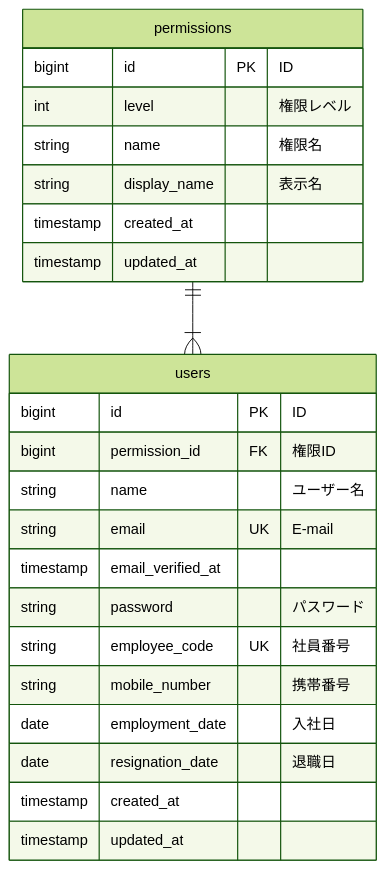
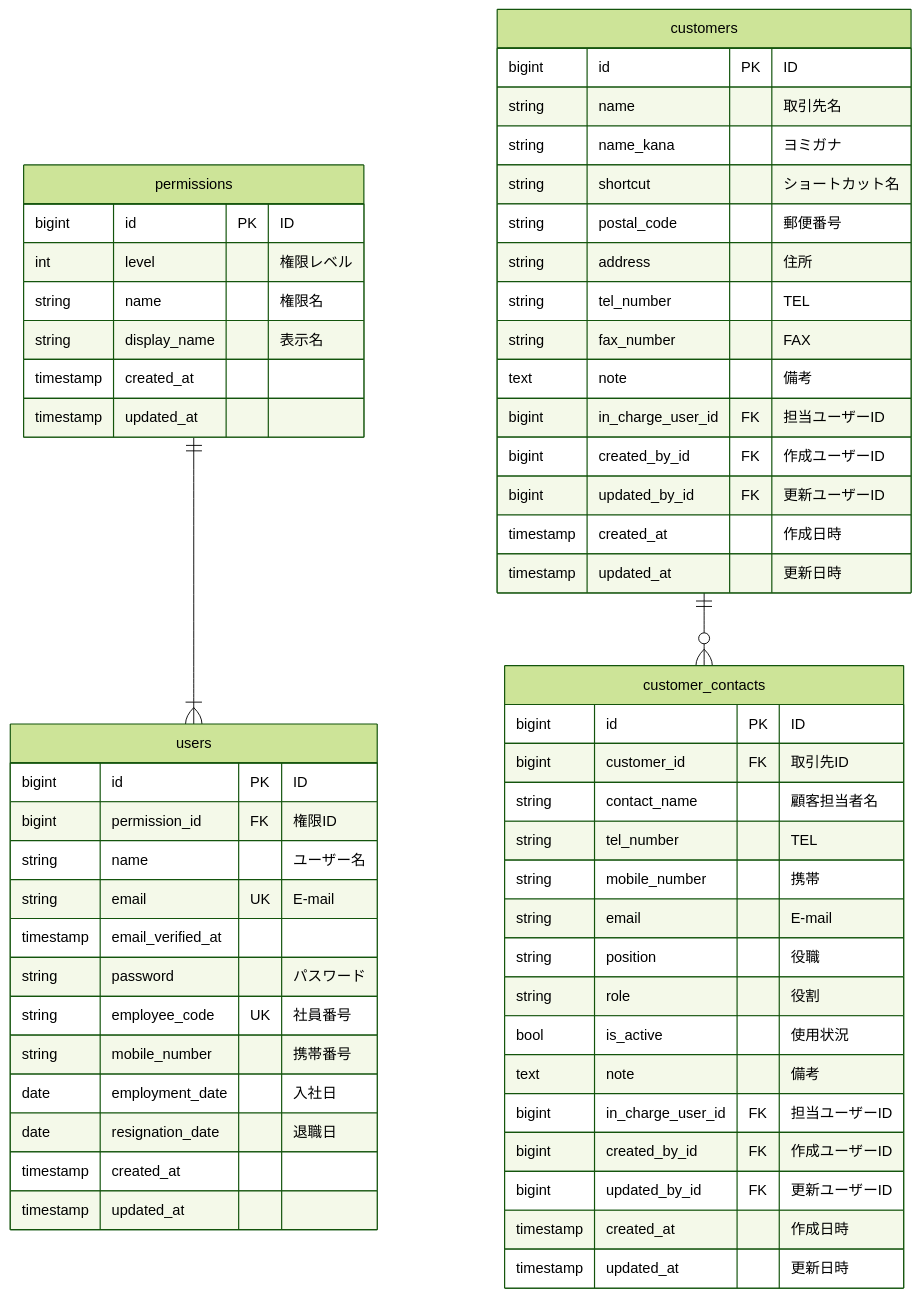
The diagram in src/ER.mmd (ryo-tom/flagship), drawn with Mermaid (forest theme) before and after one commit. The commit also changed 21 other files, not shown here.

```diff
--- a/src/ER.mmd
+++ b/src/ER.mmd
@@ -1,32 +1,71 @@
 erDiagram
 
   %% Table relationships
   permissions ||--|{ users : ""
+  customers ||--o{ customer_contacts : ""
 
   %% Table definitions
 
   %% 権限
   permissions {
     bigint id PK "ID"
     int level "権限レベル"
     string name "権限名"
     string display_name "表示名"
     timestamp created_at
     timestamp updated_at
   }
 
   %% ユーザー
   users {
     bigint id PK "ID"
     bigint permission_id FK "権限ID"
     string name "ユーザー名"
     string email UK "E-mail"
     timestamp email_verified_at
     string password "パスワード"
     string employee_code UK "社員番号"
     string mobile_number "携帯番号"
     date employment_date "入社日"
     date resignation_date "退職日"
     timestamp created_at
     timestamp updated_at
   }
+
+
+  %% 取引先
+  customers {
+    bigint id PK "ID"
+    string name "取引先名"
+    string name_kana "ヨミガナ"
+    string shortcut "ショートカット名"
+    string postal_code "郵便番号"
+    string address "住所"
+    string tel_number "TEL"
+    string fax_number "FAX"
+    text note "備考"
+    bigint in_charge_user_id FK "担当ユーザーID"
+    bigint created_by_id FK "作成ユーザーID"
+    bigint updated_by_id FK "更新ユーザーID"
+    timestamp created_at "作成日時"
+    timestamp updated_at "更新日時"
+  }
+
+  %% 取引先担当者
+  customer_contacts {
+    bigint id PK "ID"
+    bigint customer_id FK "取引先ID"
+    string contact_name "顧客担当者名"
+    string tel_number "TEL"
+    string mobile_number "携帯"
+    string email "E-mail"
+    string position "役職"
+    string role "役割"
+    bool is_active "使用状況"
+    text note "備考"
+    bigint in_charge_user_id FK "担当ユーザーID"
+    bigint created_by_id FK "作成ユーザーID"
+    bigint updated_by_id FK "更新ユーザーID"
+    timestamp created_at "作成日時"
+    timestamp updated_at "更新日時"
+  }
```
